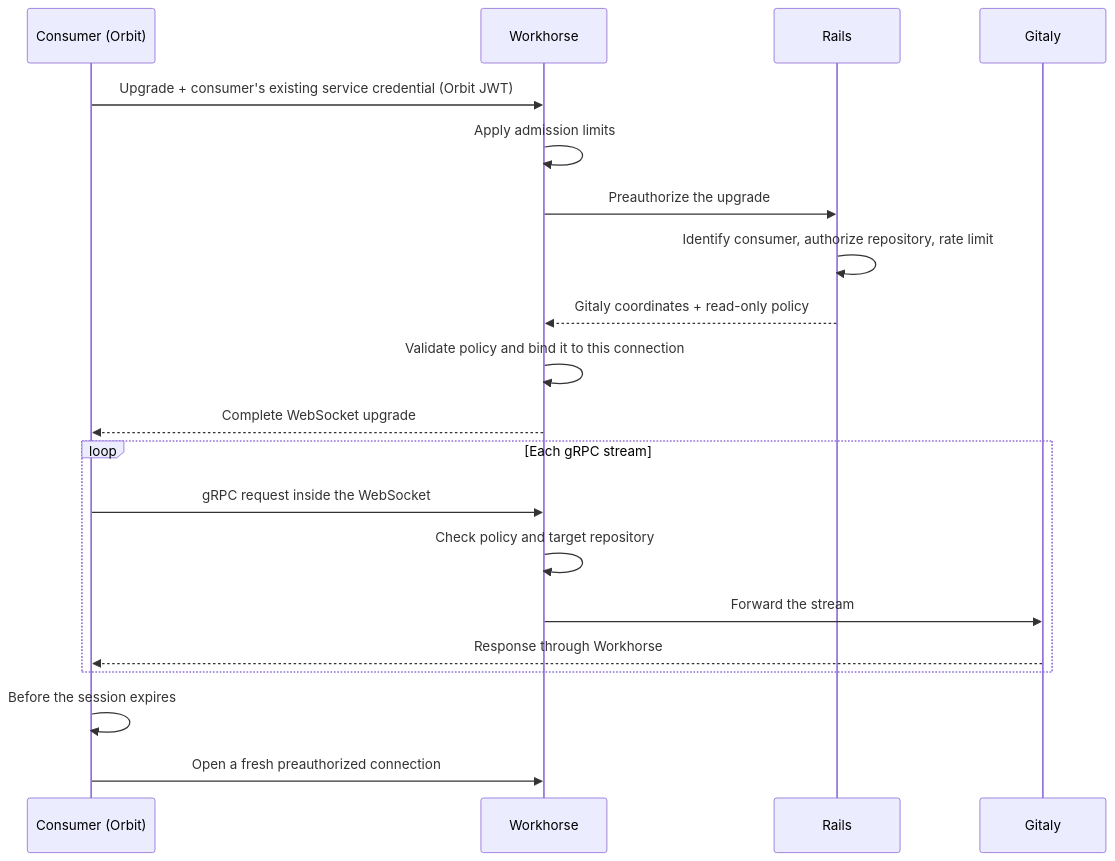
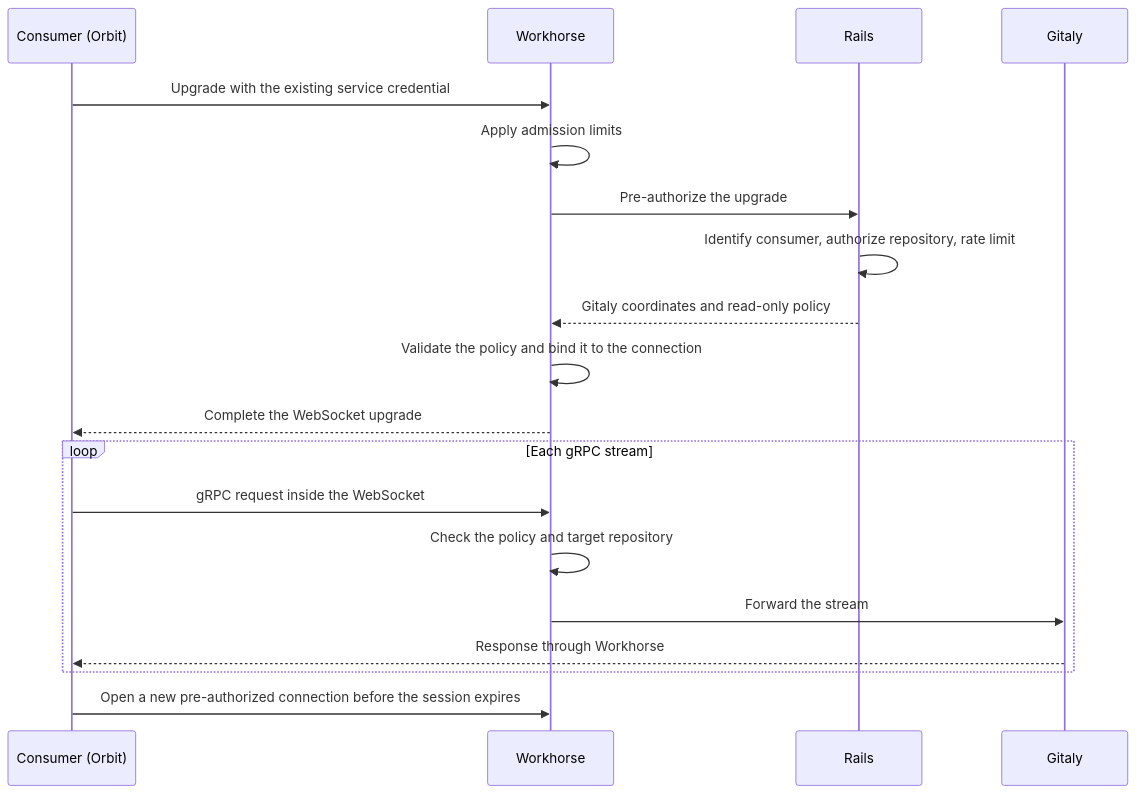
One commit to gitlabhq/orbit-knowledge-graph changed the diagram in docs/pages/engineering/adr/018_gitaly_proxy_in_workhorse.md. Above: the diagram before and after it, drawn with Mermaid. The commit also changed other lines of this file and 21 other files, not shown here.

````diff
--- a/docs/pages/engineering/adr/018_gitaly_proxy_in_workhorse.md
+++ b/docs/pages/engineering/adr/018_gitaly_proxy_in_workhorse.md
@@ -66,23 +51,23 @@
 ```mermaid
 sequenceDiagram
+    accTitle: A Gitaly proxy connection through Workhorse
+    accDescr: The consumer opens a WebSocket with its service credential. Workhorse asks Rails to pre-authorize it, and Rails returns Gitaly coordinates and a read-only policy. Workhorse checks each gRPC stream against the policy and forwards it to Gitaly. Before the session expires, the consumer opens a new connection.
     participant C as Consumer (Orbit)
     participant W as Workhorse
     participant R as Rails
     participant G as Gitaly
-
-    C->>W: Upgrade + consumer's existing service credential (Orbit JWT)
+    C->>W: Upgrade with the existing service credential
     W->>W: Apply admission limits
-    W->>R: Preauthorize the upgrade
+    W->>R: Pre-authorize the upgrade
     R->>R: Identify consumer, authorize repository, rate limit
-    R-->>W: Gitaly coordinates + read-only policy
-    W->>W: Validate policy and bind it to this connection
-    W-->>C: Complete WebSocket upgrade
+    R-->>W: Gitaly coordinates and read-only policy
+    W->>W: Validate the policy and bind it to the connection
+    W-->>C: Complete the WebSocket upgrade
     loop Each gRPC stream
         C->>W: gRPC request inside the WebSocket
-        W->>W: Check policy and target repository
+        W->>W: Check the policy and target repository
         W->>G: Forward the stream
         G-->>C: Response through Workhorse
     end
-    C->>C: Before the session expires
-    C->>W: Open a fresh preauthorized connection
+    C->>W: Open a new pre-authorized connection before the session expires
 ```
````
